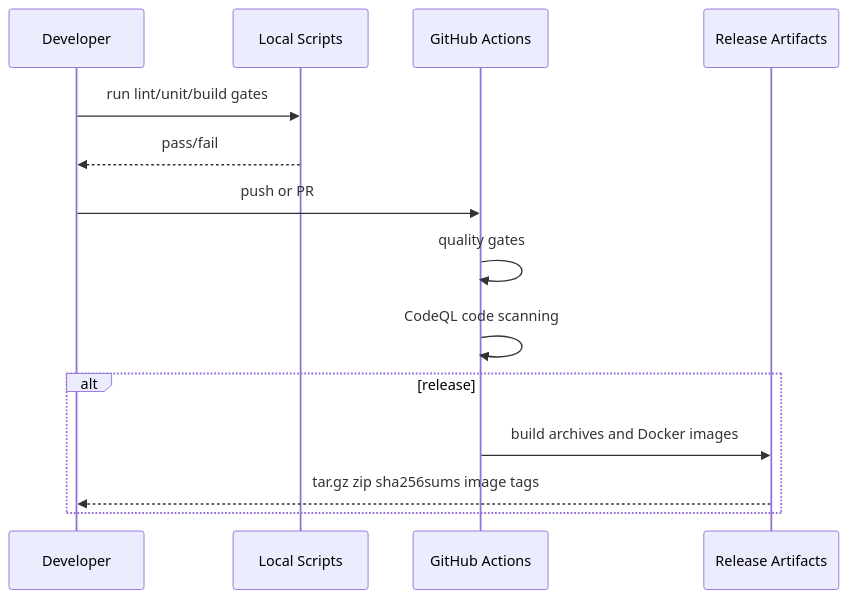
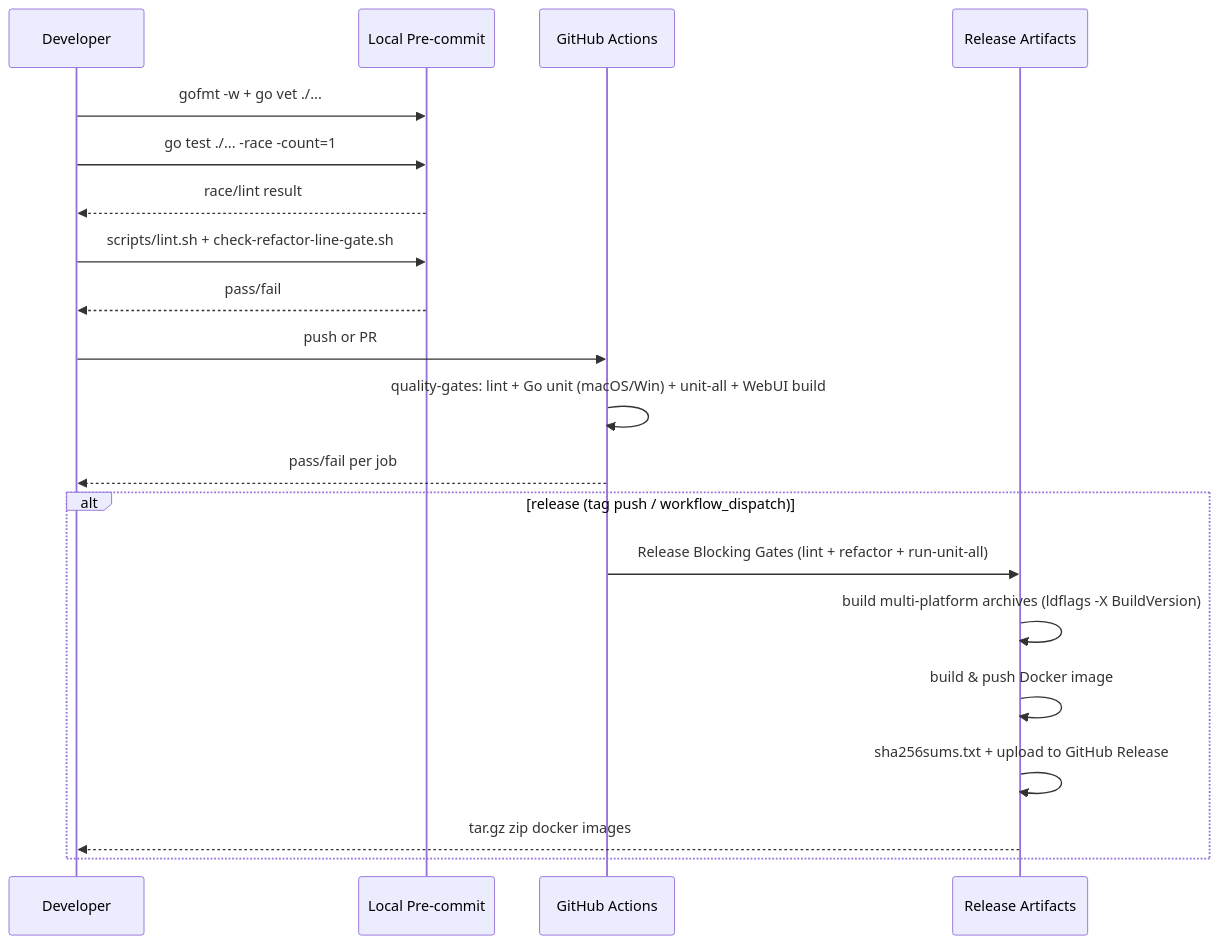
Before and after one commit to marklove5102/DeepSeek_Web_To_API: the second of 2 diagrams in docs/Testing and Delivery/Testing and Delivery.md, drawn with Mermaid. The commit also changed other lines of this file and 17 other files, not shown here.

````diff
--- a/docs/Testing and Delivery/Testing and Delivery.md
+++ b/docs/Testing and Delivery/Testing and Delivery.md
@@ -90,16 +105,22 @@
 ```mermaid
 sequenceDiagram
 participant Dev as Developer
-participant Local as Local Scripts
+participant Local as Local Pre-commit
 participant CI as GitHub Actions
 participant Release as Release Artifacts
-Dev->>Local: run lint/unit/build gates
+Dev->>Local: gofmt -w + go vet ./...
+Dev->>Local: go test ./... -race -count=1
+Local-->>Dev: race/lint result
+Dev->>Local: scripts/lint.sh + check-refactor-line-gate.sh
 Local-->>Dev: pass/fail
 Dev->>CI: push or PR
-CI->>CI: quality gates
-CI->>CI: CodeQL code scanning
-alt release
-CI->>Release: build archives and Docker images
-Release-->>Dev: tar.gz zip sha256sums image tags
+CI->>CI: quality-gates: lint + Go unit (macOS/Win) + unit-all + WebUI build
+CI-->>Dev: pass/fail per job
+alt release (tag push / workflow_dispatch)
+CI->>Release: Release Blocking Gates (lint + refactor + run-unit-all)
+Release->>Release: build multi-platform archives (ldflags -X BuildVersion)
+Release->>Release: build & push Docker image
+Release->>Release: sha256sums.txt + upload to GitHub Release
+Release-->>Dev: tar.gz zip docker images
 end
 ```
````
